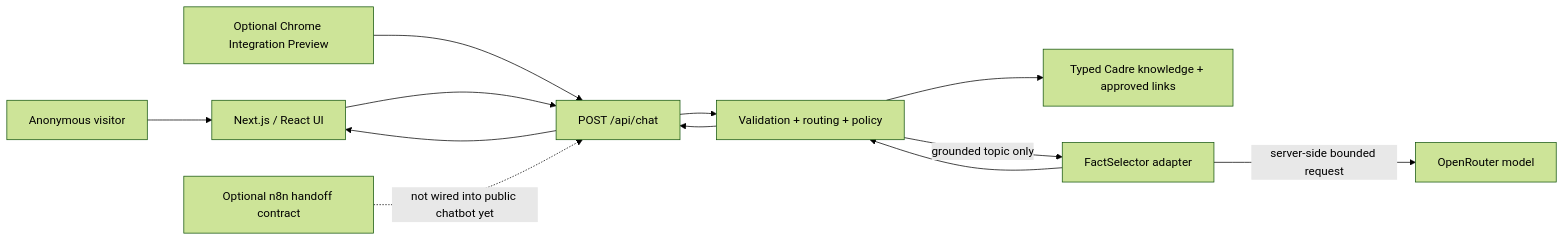
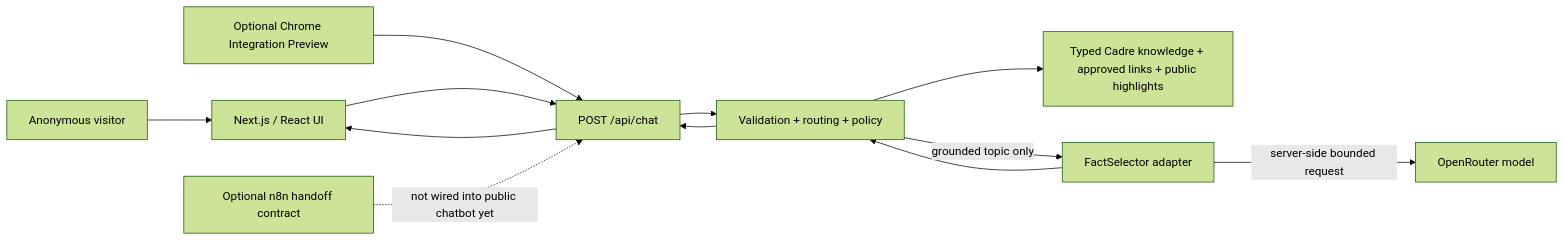
One commit to BernydotJar/Cadre_AI_Chatbot changed the first of 3 diagrams in docs/architecture-overview.md. Above: the diagram before and after it, drawn with Mermaid (forest theme). The commit also changed other lines of this file and 7 other files, not shown here.

````diff
--- a/docs/architecture-overview.md
+++ b/docs/architecture-overview.md
@@ -11,24 +11,24 @@
 ```mermaid
 flowchart LR
     User[Anonymous visitor]
     Ext[Optional Chrome Integration Preview]
     UI[Next.js / React UI]
     API[POST /api/chat]
     Core[Validation + routing + policy]
-    KB[Typed Cadre knowledge + approved links]
+    KB[Typed Cadre knowledge + approved links + public highlights]
     Provider[FactSelector adapter]
     OR[OpenRouter model]
     N8N[Optional n8n handoff contract]
 
     User --> UI
     Ext --> API
     UI --> API
     API --> Core
     Core --> KB
     Core -->|grounded topic only| Provider
     Provider -->|server-side bounded request| OR
     Provider --> Core
     Core --> API
     API --> UI
     N8N -. not wired into public chatbot yet .-> API
 ```
````
